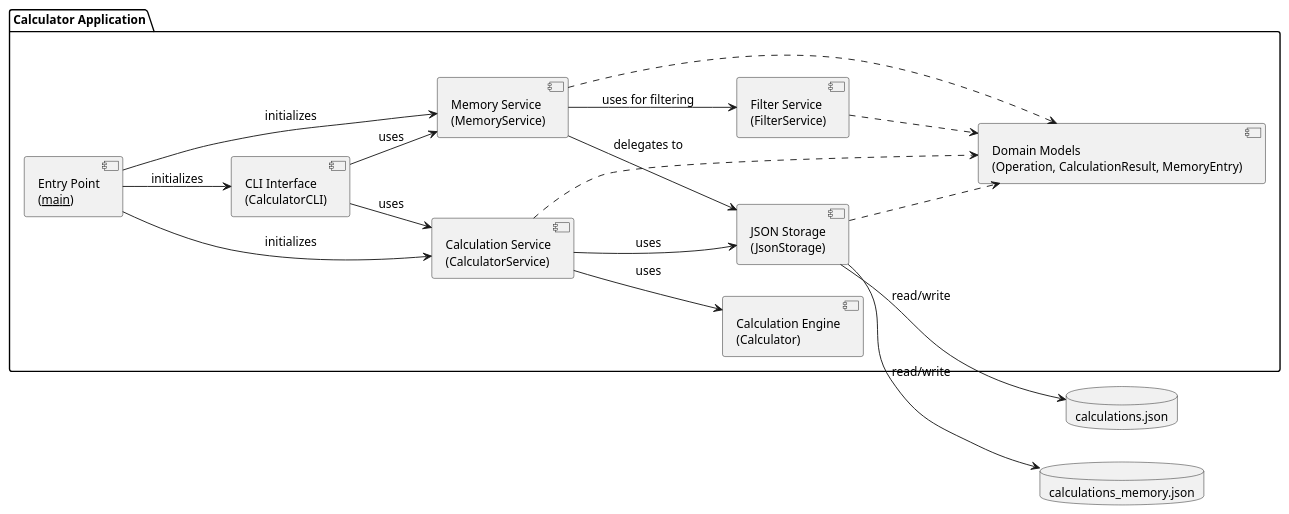
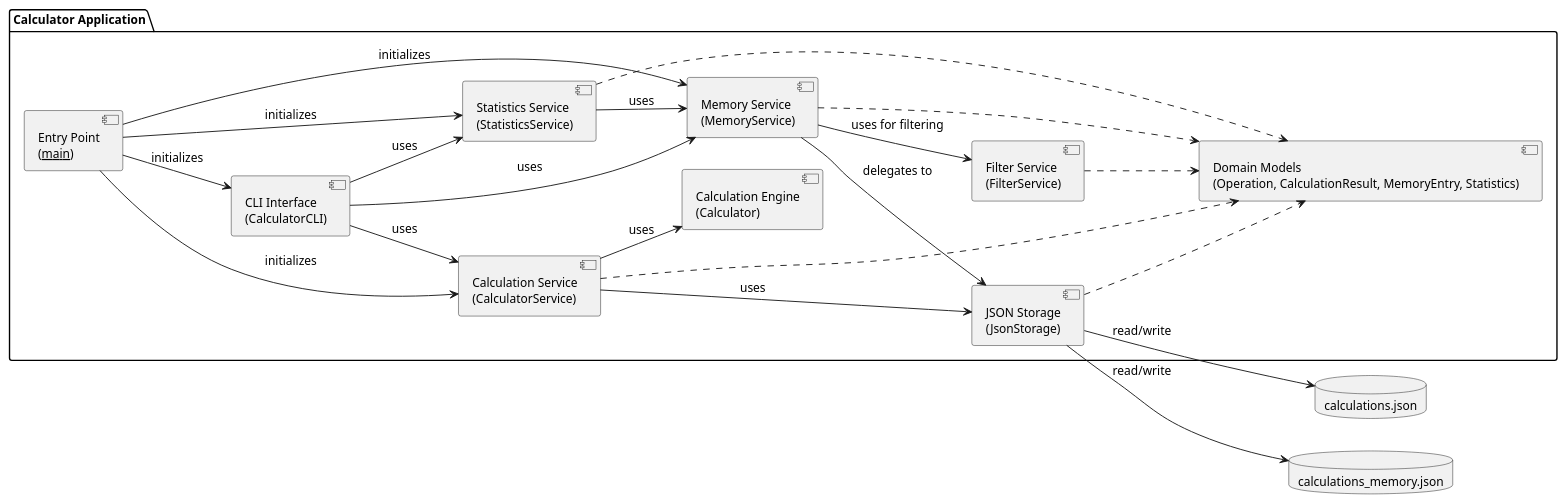
The diagram in experiments/broadcast/user_stories/calculator/artifacts/component_diagram.puml (DanielRiha8906/Software_autoevolution_using_agents), drawn with PlantUML before and after one commit. The commit also changed 15 other files, not shown here.

First line of the commit message:
Task 06 - Statistics component for calculation analysis

```diff
--- a/experiments/broadcast/user_stories/calculator/artifacts/component_diagram.puml
+++ b/experiments/broadcast/user_stories/calculator/artifacts/component_diagram.puml
@@ -1,41 +1,46 @@
 @startuml component_diagram
 
 skinparam componentStyle uml2
 skinparam defaultFontSize 13
 left to right direction
 
 package "Calculator Application" {
 
     component "Entry Point\n(__main__)" as Main
     component "CLI Interface\n(CalculatorCLI)" as CLI
     component "Calculation Service\n(CalculatorService)" as Service
     component "Memory Service\n(MemoryService)" as MemService
+    component "Statistics Service\n(StatisticsService)" as StatSvc
     component "Filter Service\n(FilterService)" as FilterSvc
     component "Calculation Engine\n(Calculator)" as Calc
     component "JSON Storage\n(JsonStorage)" as Store
-    component "Domain Models\n(Operation, CalculationResult, MemoryEntry)" as Models
+    component "Domain Models\n(Operation, CalculationResult, MemoryEntry, Statistics)" as Models
 
     Main --> CLI : initializes
     Main --> Service : initializes
     Main --> MemService : initializes
+    Main --> StatSvc : initializes
 
     CLI --> Service : uses
     CLI --> MemService : uses
+    CLI --> StatSvc : uses
     Service --> Calc : uses
     Service --> Store : uses
     MemService --> Store : delegates to
     MemService --> FilterSvc : uses for filtering
+    StatSvc --> MemService : uses
 
     Service ..> Models
     MemService ..> Models
     FilterSvc ..> Models
+    StatSvc ..> Models
     Store ..> Models
 }
 
 database "calculations.json" as DB
 database "calculations_memory.json" as MemDB
 
 Store --> DB : read/write
 Store --> MemDB : read/write
 
 @enduml
```
